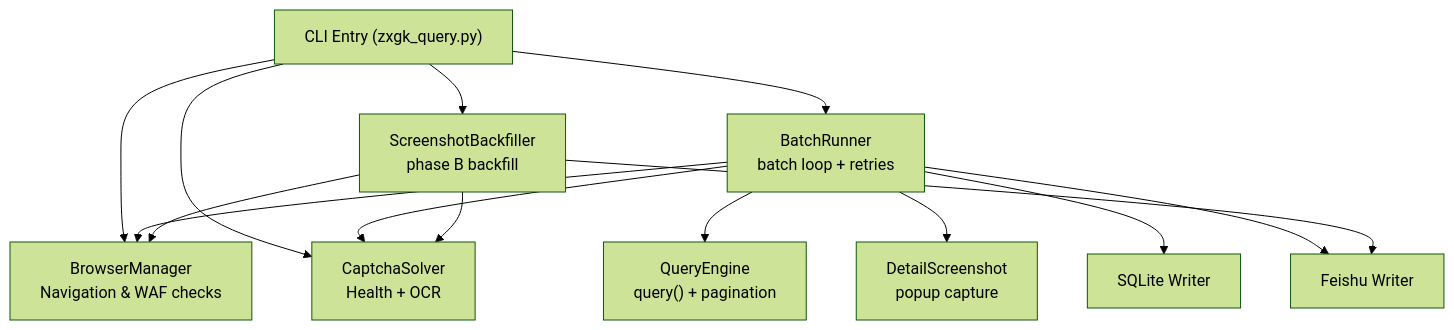
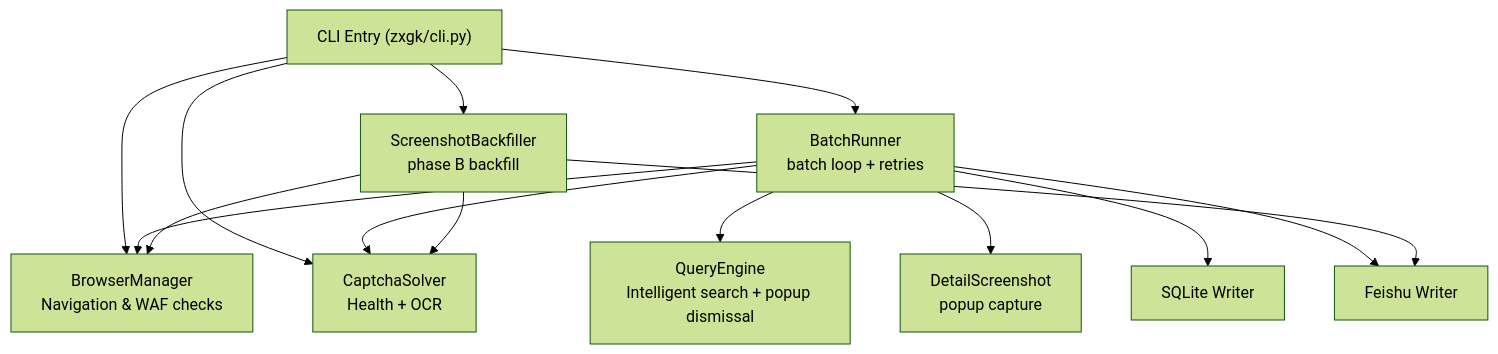
Before and after one commit to supotato-ipj/zxgk_auto_query-skill: the first of 10 diagrams in .qoder/repowiki/en/content/Core Architecture/Query Engine.md, drawn with Mermaid (forest theme). The commit also changed other lines of this file and 24 other files, not shown here.

````diff
--- a/.qoder/repowiki/en/content/Core Architecture/Query Engine.md
+++ b/.qoder/repowiki/en/content/Core Architecture/Query Engine.md
@@ -39,25 +51,25 @@
 ```mermaid
 graph TB
-CLI["CLI Entry (zxgk_query.py)"]
+CLI["CLI Entry (zxgk/cli.py)"]
 BM["BrowserManager<br/>Navigation & WAF checks"]
 CE["CaptchaSolver<br/>Health + OCR"]
-QE["QueryEngine<br/>query() + pagination"]
+QE["QueryEngine<br/>Intelligent search + popup dismissal"]
 DS["DetailScreenshot<br/>popup capture"]
 BR["BatchRunner<br/>batch loop + retries"]
 SB["ScreenshotBackfiller<br/>phase B backfill"]
 OUT_SQLITE["SQLite Writer"]
 OUT_FEISHU["Feishu Writer"]
 CLI --> BM
 CLI --> CE
 CLI --> BR
 BR --> BM
 BR --> CE
 BR --> QE
 BR --> DS
 BR --> OUT_SQLITE
 BR --> OUT_FEISHU
 CLI --> SB
 SB --> BM
 SB --> CE
 SB --> OUT_FEISHU
 ```
````
